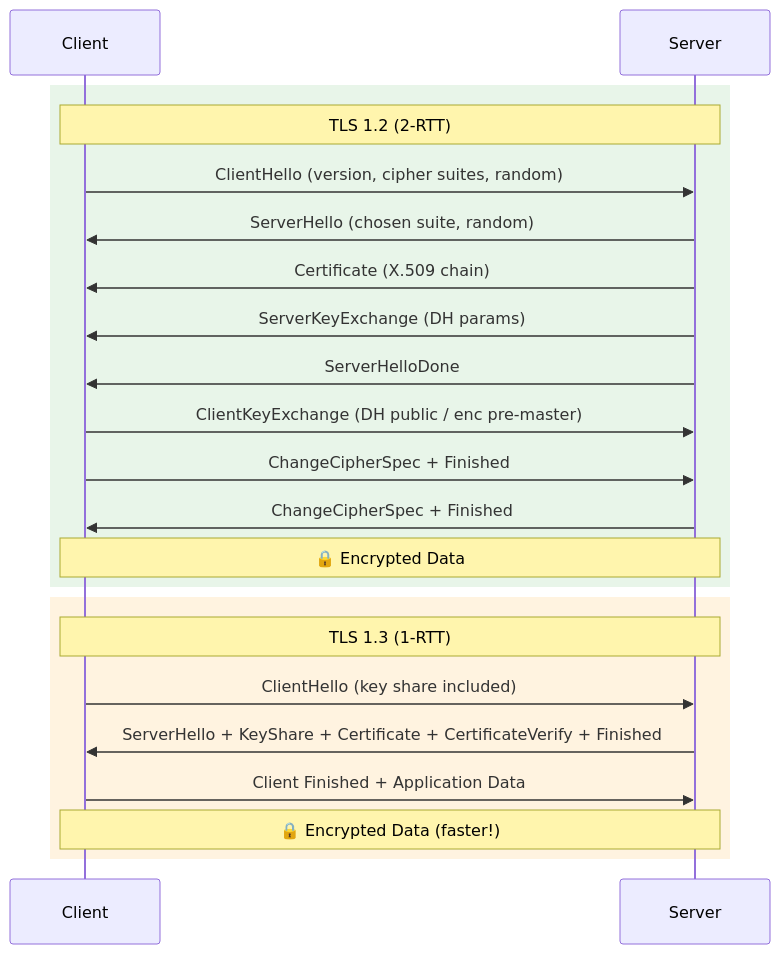
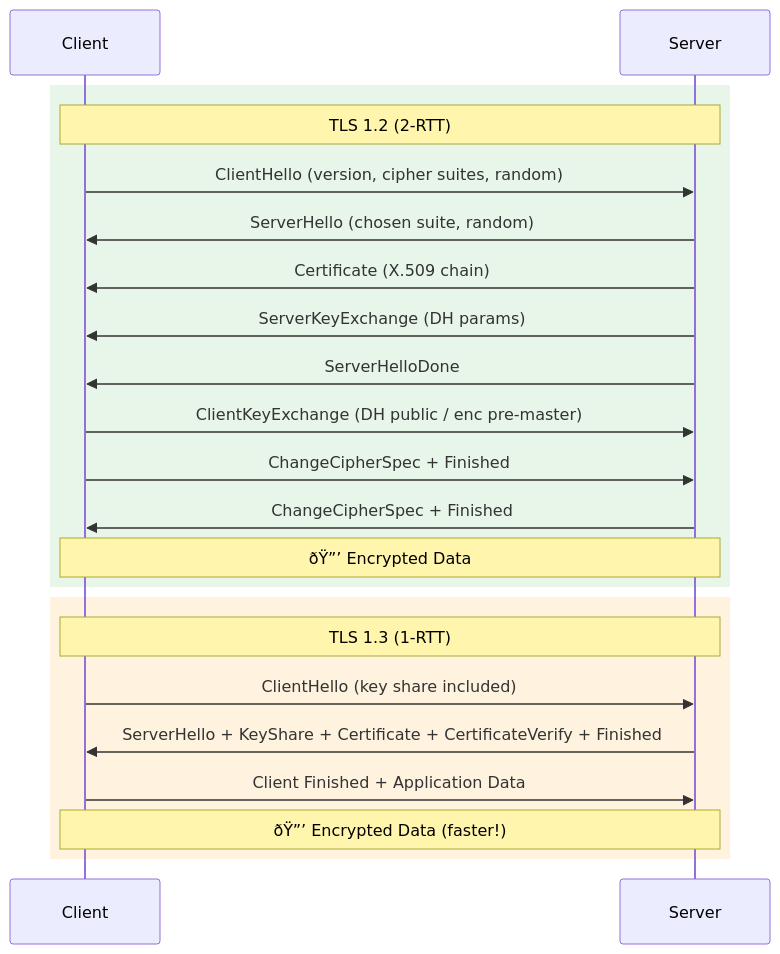
One commit to Raushan666java/ai-engineering-journey changed the fifth of 5 diagrams in docs/courses/information-security/02-network-security.md. Above: the diagram before and after it, drawn with Mermaid. The commit also changed other lines of this file and 735 other files, not shown here.

````diff
--- a/docs/courses/information-security/02-network-security.md
+++ b/docs/courses/information-security/02-network-security.md
@@ -1233,26 +1233,26 @@
 ```mermaid
 sequenceDiagram
     participant C as Client
     participant S as Server
 
     rect rgb(232, 245, 233)
     Note over C,S: TLS 1.2 (2-RTT)
     C->>S: ClientHello (version, cipher suites, random)
     S->>C: ServerHello (chosen suite, random)
     S->>C: Certificate (X.509 chain)
     S->>C: ServerKeyExchange (DH params)
     S->>C: ServerHelloDone
     C->>S: ClientKeyExchange (DH public / enc pre-master)
     C->>S: ChangeCipherSpec + Finished
     S->>C: ChangeCipherSpec + Finished
-    Note over C,S: 🔒 Encrypted Data
+    Note over C,S: ðŸ”’ Encrypted Data
     end
 
     rect rgb(255, 243, 224)
     Note over C,S: TLS 1.3 (1-RTT)
     C->>S: ClientHello (key share included)
     S->>C: ServerHello + KeyShare + Certificate + CertificateVerify + Finished
     C->>S: Client Finished + Application Data
-    Note over C,S: 🔒 Encrypted Data (faster!)
+    Note over C,S: ðŸ”’ Encrypted Data (faster!)
     end
 ```
````
